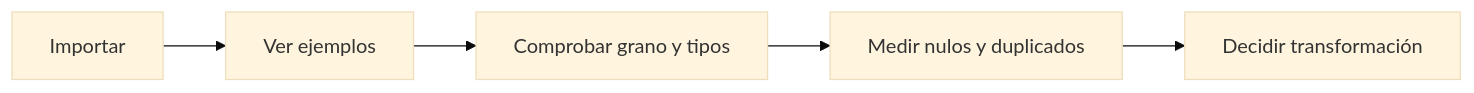
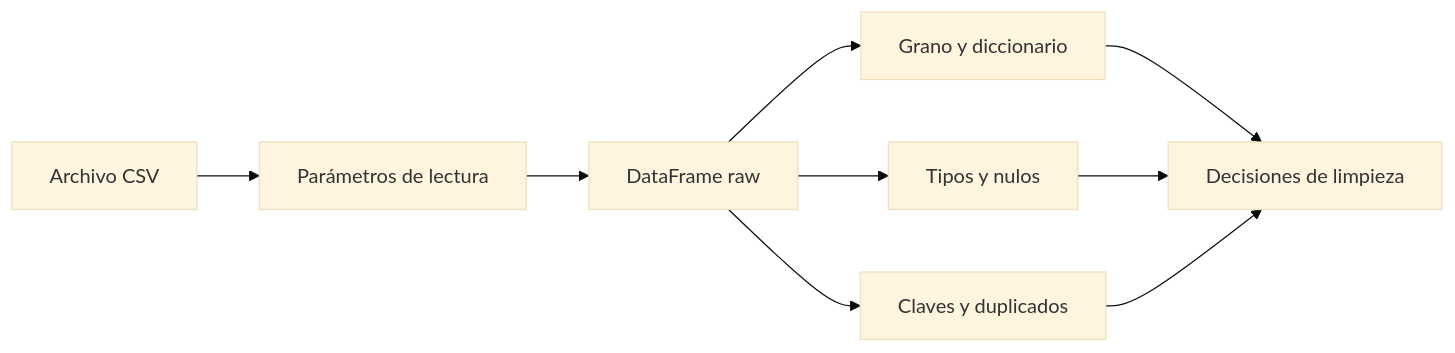
One commit to Ayhur/CursoAnalista changed the diagram in curso/05-pandas/lecciones/01-dataframes-importacion-y-perfilado.md. Above: the diagram before and after it, drawn with Mermaid (base theme). The commit also changed other lines of this file and 15 other files, not shown here.

````diff
--- a/curso/05-pandas/lecciones/01-dataframes-importacion-y-perfilado.md
+++ b/curso/05-pandas/lecciones/01-dataframes-importacion-y-perfilado.md
@@ -20,7 +38,11 @@
 ```mermaid
 flowchart LR
- A[Importar] --> B[Ver ejemplos]
- B --> C[Comprobar grano y tipos]
- C --> D[Medir nulos y duplicados]
- D --> E[Decidir transformación]
+ A[Archivo CSV] --> B[Parámetros de lectura]
+ B --> C[DataFrame raw]
+ C --> D[Grano y diccionario]
+ C --> E[Tipos y nulos]
+ C --> F[Claves y duplicados]
+ D --> G[Decisiones de limpieza]
+ E --> G
+ F --> G
 ```
````
